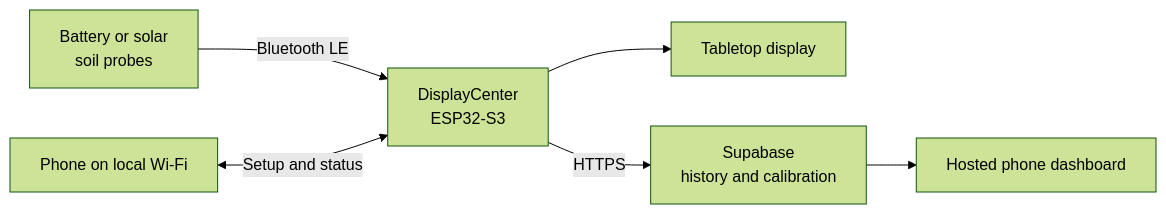
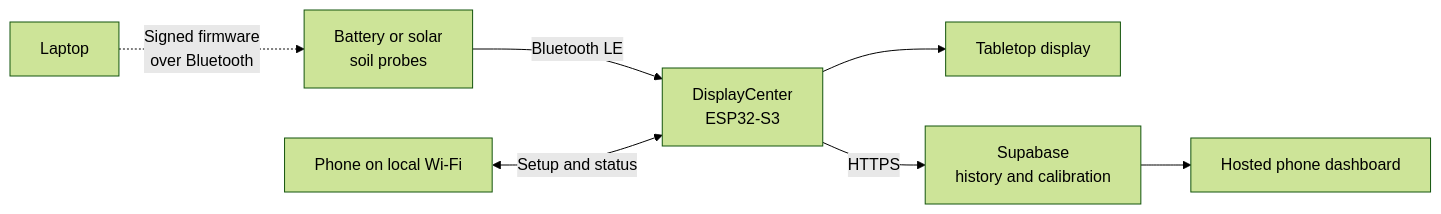
One commit to samam624/ProjectTreebeard changed the diagram in README.md. Above: the diagram before and after it, drawn with Mermaid (forest theme). The commit also changed other lines of this file, not shown here.

````diff
--- a/README.md
+++ b/README.md
@@ -33,8 +62,9 @@
 ```mermaid
 flowchart LR
     P[Battery or solar<br>soil probes] -->|Bluetooth LE| D[DisplayCenter<br>ESP32-S3]
     D --> T[Tabletop display]
     F[Phone on local Wi-Fi] <-->|Setup and status| D
     D -->|HTTPS| S[Supabase<br>history and calibration]
     S --> W[Hosted phone dashboard]
+    L[Laptop] -.->|Signed firmware<br>over Bluetooth| P
 ```
````
